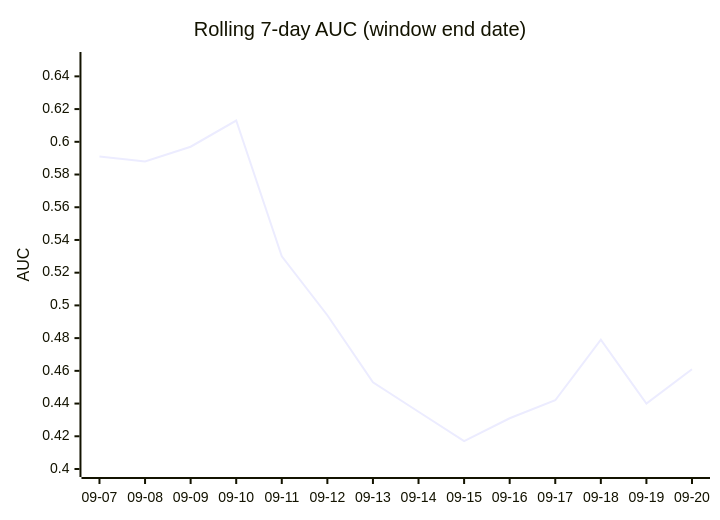
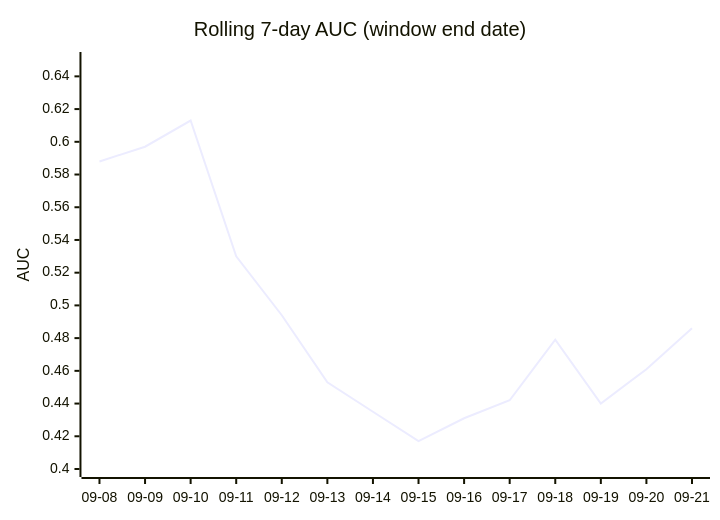
One commit to dpk1212/nhl-savant changed the third of 4 diagrams in DAILY_AGSU_REPORT.md. Above: the diagram before and after it, drawn with Mermaid. The commit also changed other lines of this file, not shown here.

````diff
--- a/DAILY_AGSU_REPORT.md
+++ b/DAILY_AGSU_REPORT.md
@@ -858,7 +855,7 @@
 ```mermaid
 xychart-beta
     title "Rolling 7-day AUC (window end date)"
-    x-axis ["09-07", "09-08", "09-09", "09-10", "09-11", "09-12", "09-13", "09-14", "09-15", "09-16", "09-17", "09-18", "09-19", "09-20"]
+    x-axis ["09-08", "09-09", "09-10", "09-11", "09-12", "09-13", "09-14", "09-15", "09-16", "09-17", "09-18", "09-19", "09-20", "09-21"]
     y-axis "AUC" 0.4 --> 0.65
-    line [0.591, 0.588, 0.597, 0.613, 0.53, 0.494, 0.453, 0.435, 0.417, 0.431, 0.442, 0.479, 0.44, 0.461]
+    line [0.588, 0.597, 0.613, 0.53, 0.494, 0.453, 0.435, 0.417, 0.431, 0.442, 0.479, 0.44, 0.461, 0.486]
 ```
````
